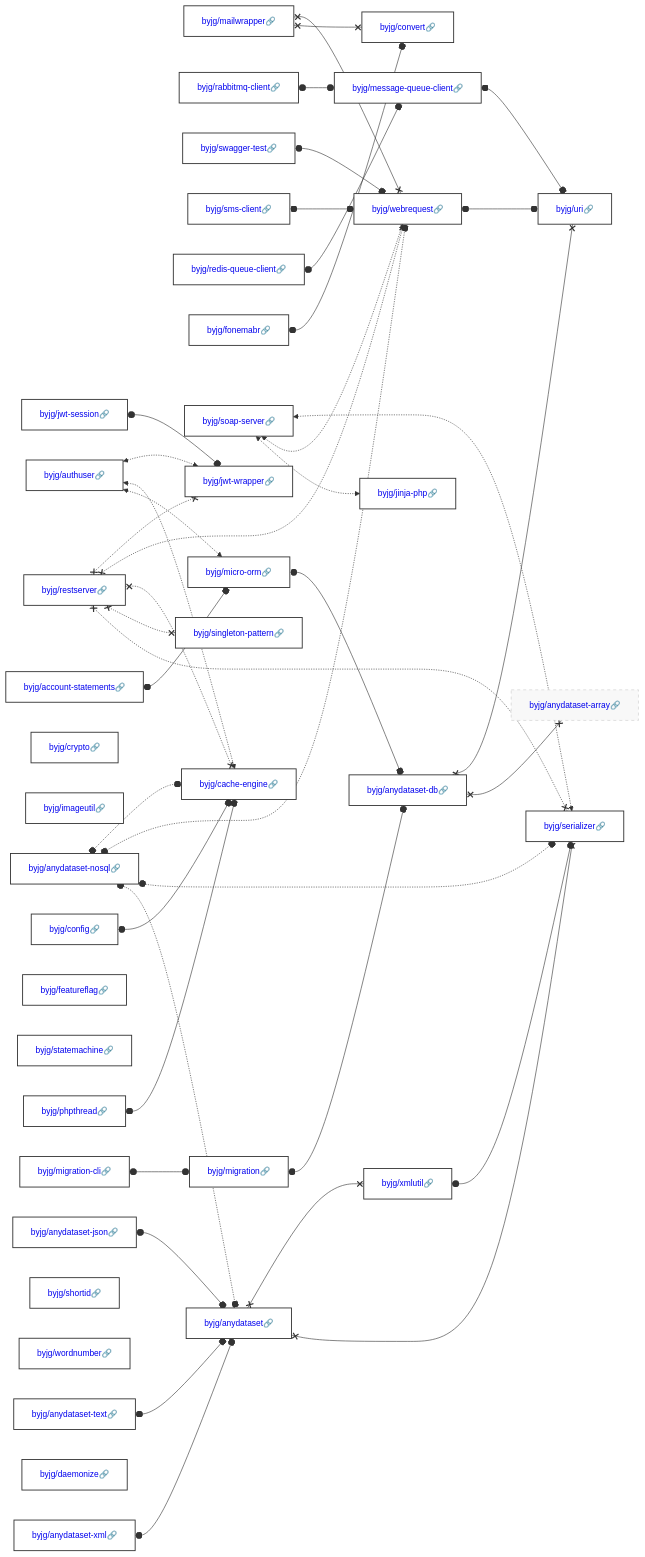
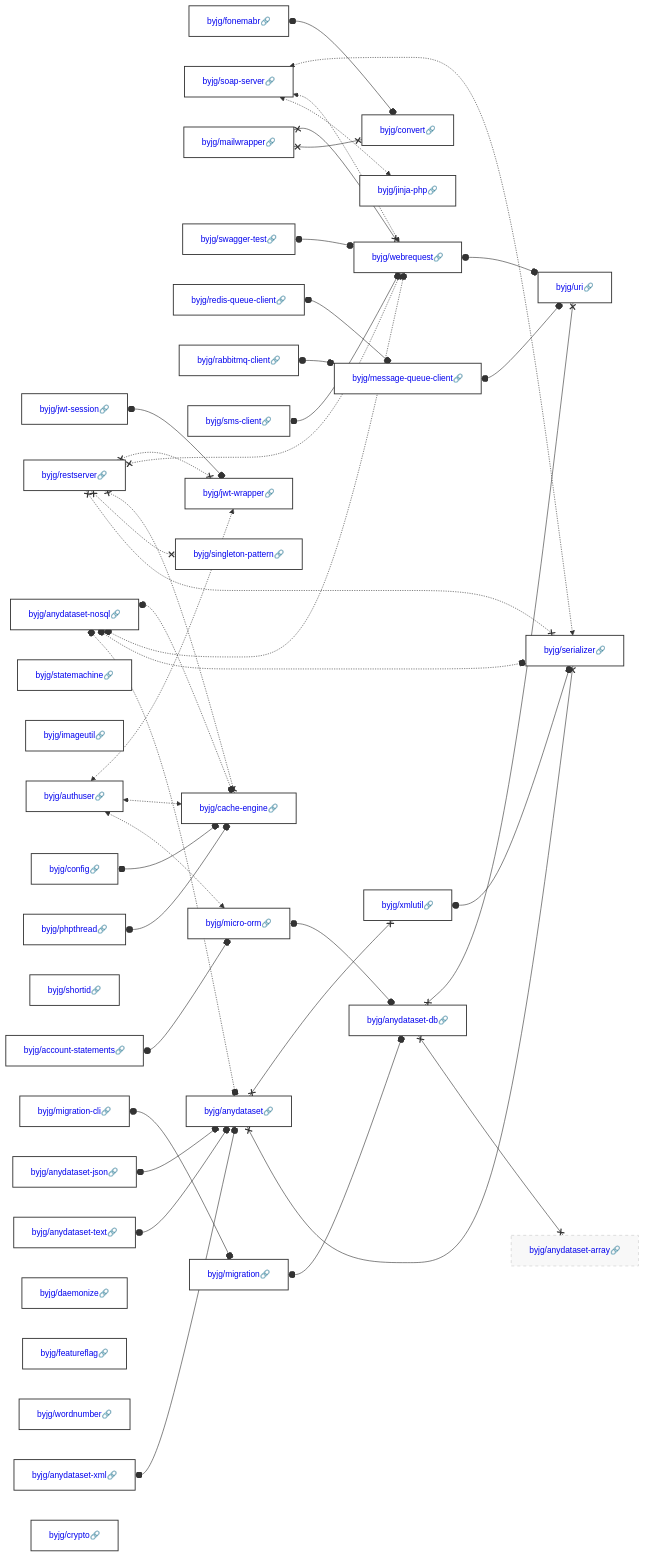
Before and after one commit to byjg/byjg.github.io: the diagram in docs/php/README.md, drawn with Mermaid. The commit also changed other lines of this file and 6 other files, not shown here.

Commit message:
Update documentation 'php' 'php-redis-queue-client'

````diff
--- a/docs/php/README.md
+++ b/docs/php/README.md
@@ -3,37 +3,37 @@
 ```mermaid
 graph LR;
+  byjg/fonemabr[<a href='https://opensource.byjg.com/docs/php/fonemabr' style='text-decoration:none'>byjg/fonemabr🔗</a>];
+  byjg/anydataset-nosql[<a href='https://opensource.byjg.com/docs/php/anydataset-nosql' style='text-decoration:none'>byjg/anydataset-nosql🔗</a>];
+  byjg/jwt-session[<a href='https://opensource.byjg.com/docs/php/jwt-session' style='text-decoration:none'>byjg/jwt-session🔗</a>];
+  byjg/restserver[<a href='https://opensource.byjg.com/docs/php/restserver' style='text-decoration:none'>byjg/restserver🔗</a>];
+  byjg/soap-server[<a href='https://opensource.byjg.com/docs/php/soap-server' style='text-decoration:none'>byjg/soap-server🔗</a>];
   byjg/mailwrapper[<a href='https://opensource.byjg.com/docs/php/mailwrapper' style='text-decoration:none'>byjg/mailwrapper🔗</a>];
+  byjg/swagger-test[<a href='https://opensource.byjg.com/docs/php/swagger-test' style='text-decoration:none'>byjg/swagger-test🔗</a>];
+  byjg/statemachine[<a href='https://opensource.byjg.com/docs/php/statemachine' style='text-decoration:none'>byjg/statemachine🔗</a>];
+  byjg/imageutil[<a href='https://opensource.byjg.com/docs/php/imageutil' style='text-decoration:none'>byjg/imageutil🔗</a>];
+  byjg/redis-queue-client[<a href='https://opensource.byjg.com/docs/php/redis-queue-client' style='text-decoration:none'>byjg/redis-queue-client🔗</a>];
+  byjg/anydataset-xml[<a href='https://opensource.byjg.com/docs/php/anydataset-xml' style='text-decoration:none'>byjg/anydataset-xml🔗</a>];
+  byjg/rabbitmq-client[<a href='https://opensource.byjg.com/docs/php/rabbitmq-client' style='text-decoration:none'>byjg/rabbitmq-client🔗</a>];
+  byjg/anydataset-json[<a href='https://opensource.byjg.com/docs/php/anydataset-json' style='text-decoration:none'>byjg/anydataset-json🔗</a>];
+  byjg/account-statements[<a href='https://opensource.byjg.com/docs/php/account-statements' style='text-decoration:none'>byjg/account-statements🔗</a>];
+  byjg/shortid[<a href='https://opensource.byjg.com/docs/php/shortid' style='text-decoration:none'>byjg/shortid🔗</a>];
+  byjg/authuser[<a href='https://opensource.byjg.com/docs/php/authuser' style='text-decoration:none'>byjg/authuser🔗</a>];
   byjg/migration-cli[<a href='https://opensource.byjg.com/docs/php/migration-cli' style='text-decoration:none'>byjg/migration-cli🔗</a>];
-  byjg/jwt-session[<a href='https://opensource.byjg.com/docs/php/jwt-session' style='text-decoration:none'>byjg/jwt-session🔗</a>];
-  byjg/rabbitmq-client[<a href='https://opensource.byjg.com/docs/php/rabbitmq-client' style='text-decoration:none'>byjg/rabbitmq-client🔗</a>];
+  byjg/anydataset-text[<a href='https://opensource.byjg.com/docs/php/anydataset-text' style='text-decoration:none'>byjg/anydataset-text🔗</a>];
   byjg/phpthread[<a href='https://opensource.byjg.com/docs/php/phpthread' style='text-decoration:none'>byjg/phpthread🔗</a>];
+  byjg/sms-client[<a href='https://opensource.byjg.com/docs/php/sms-client' style='text-decoration:none'>byjg/sms-client🔗</a>];
+  byjg/daemonize[<a href='https://opensource.byjg.com/docs/php/daemonize' style='text-decoration:none'>byjg/daemonize🔗</a>];
+  byjg/featureflag[<a href='https://opensource.byjg.com/docs/php/featureflag' style='text-decoration:none'>byjg/featureflag🔗</a>];
+  byjg/wordnumber[<a href='https://opensource.byjg.com/docs/php/wordnumber' style='text-decoration:none'>byjg/wordnumber🔗</a>];
   byjg/config[<a href='https://opensource.byjg.com/docs/php/config' style='text-decoration:none'>byjg/config🔗</a>];
   byjg/crypto[<a href='https://opensource.byjg.com/docs/php/crypto' style='text-decoration:none'>byjg/crypto🔗</a>];
-  byjg/imageutil[<a href='https://opensource.byjg.com/docs/php/imageutil' style='text-decoration:none'>byjg/imageutil🔗</a>];
-  byjg/anydataset-xml[<a href='https://opensource.byjg.com/docs/php/anydataset-xml' style='text-decoration:none'>byjg/anydataset-xml🔗</a>];
-  byjg/swagger-test[<a href='https://opensource.byjg.com/docs/php/swagger-test' style='text-decoration:none'>byjg/swagger-test🔗</a>];
-  byjg/sms-client[<a href='https://opensource.byjg.com/docs/php/sms-client' style='text-decoration:none'>byjg/sms-client🔗</a>];
-  byjg/account-statements[<a href='https://opensource.byjg.com/docs/php/account-statements' style='text-decoration:none'>byjg/account-statements🔗</a>];
-  byjg/featureflag[<a href='https://opensource.byjg.com/docs/php/featureflag' style='text-decoration:none'>byjg/featureflag🔗</a>];
-  byjg/statemachine[<a href='https://opensource.byjg.com/docs/php/statemachine' style='text-decoration:none'>byjg/statemachine🔗</a>];
-  byjg/anydataset-json[<a href='https://opensource.byjg.com/docs/php/anydataset-json' style='text-decoration:none'>byjg/anydataset-json🔗</a>];
-  byjg/authuser[<a href='https://opensource.byjg.com/docs/php/authuser' style='text-decoration:none'>byjg/authuser🔗</a>];
-  byjg/anydataset-text[<a href='https://opensource.byjg.com/docs/php/anydataset-text' style='text-decoration:none'>byjg/anydataset-text🔗</a>];
-  byjg/shortid[<a href='https://opensource.byjg.com/docs/php/shortid' style='text-decoration:none'>byjg/shortid🔗</a>];
-  byjg/wordnumber[<a href='https://opensource.byjg.com/docs/php/wordnumber' style='text-decoration:none'>byjg/wordnumber🔗</a>];
-  byjg/restserver[<a href='https://opensource.byjg.com/docs/php/restserver' style='text-decoration:none'>byjg/restserver🔗</a>];
-  byjg/redis-queue-client[<a href='https://opensource.byjg.com/docs/php/redis-queue-client' style='text-decoration:none'>byjg/redis-queue-client🔗</a>];
-  byjg/fonemabr[<a href='https://opensource.byjg.com/docs/php/fonemabr' style='text-decoration:none'>byjg/fonemabr🔗</a>];
-  byjg/daemonize[<a href='https://opensource.byjg.com/docs/php/daemonize' style='text-decoration:none'>byjg/daemonize🔗</a>];
-  byjg/soap-server[<a href='https://opensource.byjg.com/docs/php/soap-server' style='text-decoration:none'>byjg/soap-server🔗</a>];
-  byjg/anydataset-nosql[<a href='https://opensource.byjg.com/docs/php/anydataset-nosql' style='text-decoration:none'>byjg/anydataset-nosql🔗</a>];
+  byjg/singleton-pattern[<a href='https://opensource.byjg.com/docs/php/singleton-pattern' style='text-decoration:none'>byjg/singleton-pattern🔗</a>];
+  byjg/jinja-php[<a href='https://opensource.byjg.com/docs/php/jinja-php' style='text-decoration:none'>byjg/jinja-php🔗</a>];
+  byjg/convert[<a href='https://opensource.byjg.com/docs/php/convert' style='text-decoration:none'>byjg/convert🔗</a>];
+  byjg/message-queue-client[<a href='https://opensource.byjg.com/docs/php/message-queue-client' style='text-decoration:none'>byjg/message-queue-client🔗</a>];
+  byjg/micro-orm[<a href='https://opensource.byjg.com/docs/php/micro-orm' style='text-decoration:none'>byjg/micro-orm🔗</a>];
+  byjg/jwt-wrapper[<a href='https://opensource.byjg.com/docs/php/jwt-wrapper' style='text-decoration:none'>byjg/jwt-wrapper🔗</a>];
   byjg/migration[<a href='https://opensource.byjg.com/docs/php/migration' style='text-decoration:none'>byjg/migration🔗</a>];
-  byjg/micro-orm[<a href='https://opensource.byjg.com/docs/php/micro-orm' style='text-decoration:none'>byjg/micro-orm🔗</a>];
-  byjg/singleton-pattern[<a href='https://opensource.byjg.com/docs/php/singleton-pattern' style='text-decoration:none'>byjg/singleton-pattern🔗</a>];
-  byjg/jwt-wrapper[<a href='https://opensource.byjg.com/docs/php/jwt-wrapper' style='text-decoration:none'>byjg/jwt-wrapper🔗</a>];
-  byjg/message-queue-client[<a href='https://opensource.byjg.com/docs/php/message-queue-client' style='text-decoration:none'>byjg/message-queue-client🔗</a>];
-  byjg/convert[<a href='https://opensource.byjg.com/docs/php/convert' style='text-decoration:none'>byjg/convert🔗</a>];
-  byjg/jinja-php[<a href='https://opensource.byjg.com/docs/php/jinja-php' style='text-decoration:none'>byjg/jinja-php🔗</a>];
   byjg/anydataset[<a href='https://opensource.byjg.com/docs/php/anydataset' style='text-decoration:none'>byjg/anydataset🔗</a>];
   byjg/webrequest[<a href='https://opensource.byjg.com/docs/php/webrequest' style='text-decoration:none'>byjg/webrequest🔗</a>];
   byjg/cache-engine[<a href='https://opensource.byjg.com/docs/php/cache-engine' style='text-decoration:none'>byjg/cache-engine🔗</a>];
````
